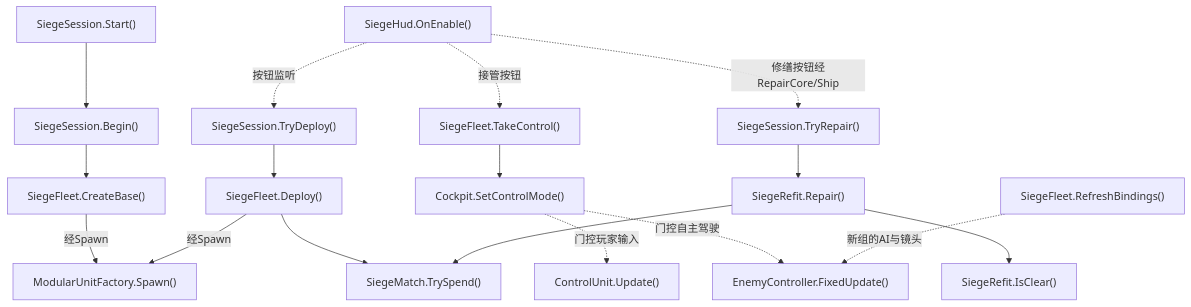
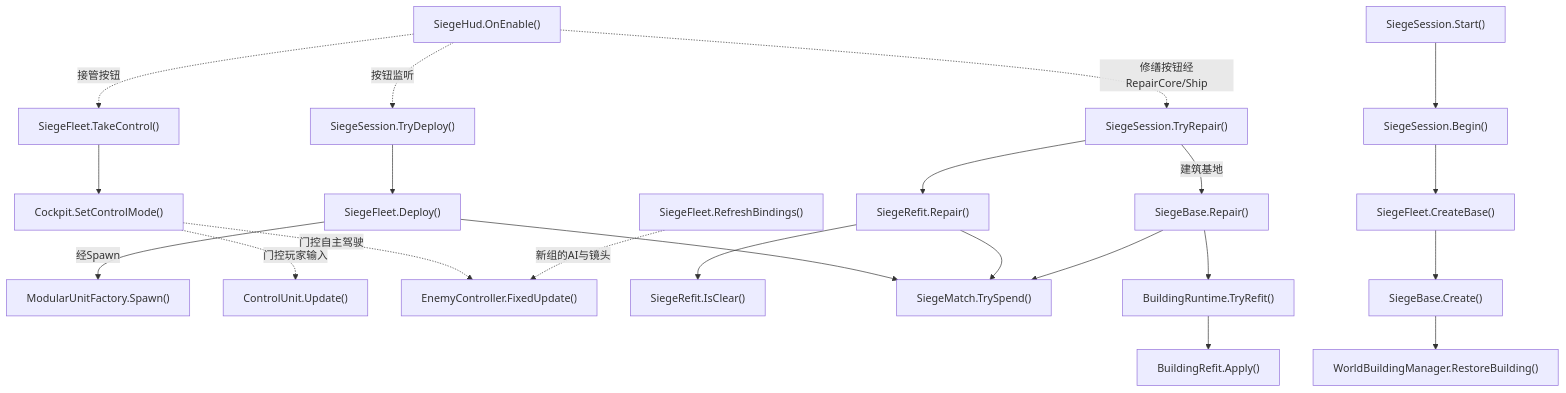
Before and after one commit to kukudia/HY-Sandbox: diagram 33 of 35 in Docs/RuntimeFlow.md, drawn with Mermaid. The commit also changed other lines of this file and 37 other files, not shown here.

First line of the commit message:
feat: use a large building blueprint for siege base

````diff
--- a/Docs/RuntimeFlow.md
+++ b/Docs/RuntimeFlow.md
@@ -2969,51 +2974,66 @@
 ```mermaid
 flowchart TD
     A["SiegeSession.Start()"]
-    click A "../Assets/Scripts/Features/Siege/SiegeSession.cs#L35" "打开源码"
+    click A "../Assets/Scripts/Features/Siege/SiegeSession.cs#L43" "打开源码"
     B["SiegeSession.Begin()"]
-    click B "../Assets/Scripts/Features/Siege/SiegeSession.cs#L45" "打开源码"
+    click B "../Assets/Scripts/Features/Siege/SiegeSession.cs#L53" "打开源码"
     C["SiegeFleet.CreateBase()"]
     click C "../Assets/Scripts/Features/Siege/SiegeFleet.cs#L30" "打开源码"
     D["SiegeSession.TryDeploy()"]
-    click D "../Assets/Scripts/Features/Siege/SiegeSession.cs#L80" "打开源码"
+    click D "../Assets/Scripts/Features/Siege/SiegeSession.cs#L88" "打开源码"
     E["SiegeFleet.Deploy()"]
-    click E "../Assets/Scripts/Features/Siege/SiegeFleet.cs#L51" "打开源码"
+    click E "../Assets/Scripts/Features/Siege/SiegeFleet.cs#L37" "打开源码"
     F["ModularUnitFactory.Spawn()"]
     click F "../Assets/Scripts/Features/Simulation/ModularUnitFactory.cs#L41" "打开源码"
     G["SiegeFleet.TakeControl()"]
-    click G "../Assets/Scripts/Features/Siege/SiegeFleet.cs#L99" "打开源码"
+    click G "../Assets/Scripts/Features/Siege/SiegeFleet.cs#L84" "打开源码"
     H["Cockpit.SetControlMode()"]
     click H "../Assets/Scripts/Features/Simulation/Cockpit.cs#L20" "打开源码"
     I["ControlUnit.Update()"]
     click I "../Assets/Scripts/Features/Simulation/ControlUnit.cs#L113" "打开源码"
     J["EnemyController.FixedUpdate()"]
     click J "../Assets/Scripts/Features/Combat/EnemyController.cs#L40" "打开源码"
     K["SiegeFleet.RefreshBindings()"]
-    click K "../Assets/Scripts/Features/Siege/SiegeFleet.cs#L168" "打开源码"
+    click K "../Assets/Scripts/Features/Siege/SiegeFleet.cs#L153" "打开源码"
     L["SiegeSession.TryRepair()"]
-    click L "../Assets/Scripts/Features/Siege/SiegeSession.cs#L93" "打开源码"
+    click L "../Assets/Scripts/Features/Siege/SiegeSession.cs#L101" "打开源码"
     M["SiegeRefit.Repair()"]
-    click M "../Assets/Scripts/Features/Siege/SiegeRefit.cs#L75" "打开源码"
+    click M "../Assets/Scripts/Features/Siege/SiegeRefit.cs#L97" "打开源码"
     N["SiegeRefit.IsClear()"]
     click N "../Assets/Scripts/Features/Siege/SiegeRefit.cs#L9" "打开源码"
     O["SiegeMatch.TrySpend()"]
     click O "../Assets/Scripts/Features/Siege/SiegeMatch.cs#L123" "打开源码"
     P["SiegeHud.OnEnable()"]
     click P "../Assets/Scripts/Features/Siege/SiegeHud.cs#L36" "打开源码"
+    Q["SiegeBase.Create()"]
+    click Q "../Assets/Scripts/Features/Siege/SiegeBase.cs#L35" "打开源码"
+    R["WorldBuildingManager.RestoreBuilding()"]
+    click R "../Assets/Scripts/Features/World/WorldBuildingManager.cs#L126" "打开源码"
+    S["SiegeBase.Repair()"]
+    click S "../Assets/Scripts/Features/Siege/SiegeBase.cs#L98" "打开源码"
+    T["BuildingRuntime.TryRefit()"]
+    click T "../Assets/Scripts/Features/World/BuildingRuntime.cs#L34" "打开源码"
+    U["BuildingRefit.Apply()"]
+    click U "../Assets/Scripts/Features/World/BuildingRefit.cs#L9" "打开源码"
     A --> B
     B --> C
-    C -->|经Spawn| F
+    C --> Q
+    Q --> R
     P -.->|按钮监听| D
     D --> E
     E -->|经Spawn| F
     E --> O
     P -.->|接管按钮| G
     G --> H
     H -.->|门控玩家输入| I
     H -.->|门控自主驾驶| J
     K -.->|新组的AI与镜头| J
     P -.->|修缮按钮经RepairCore/Ship| L
     L --> M
     M --> N
     M --> O
+    L -->|建筑基地| S
+    S --> T
+    T --> U
+    S --> O
 ```
````
